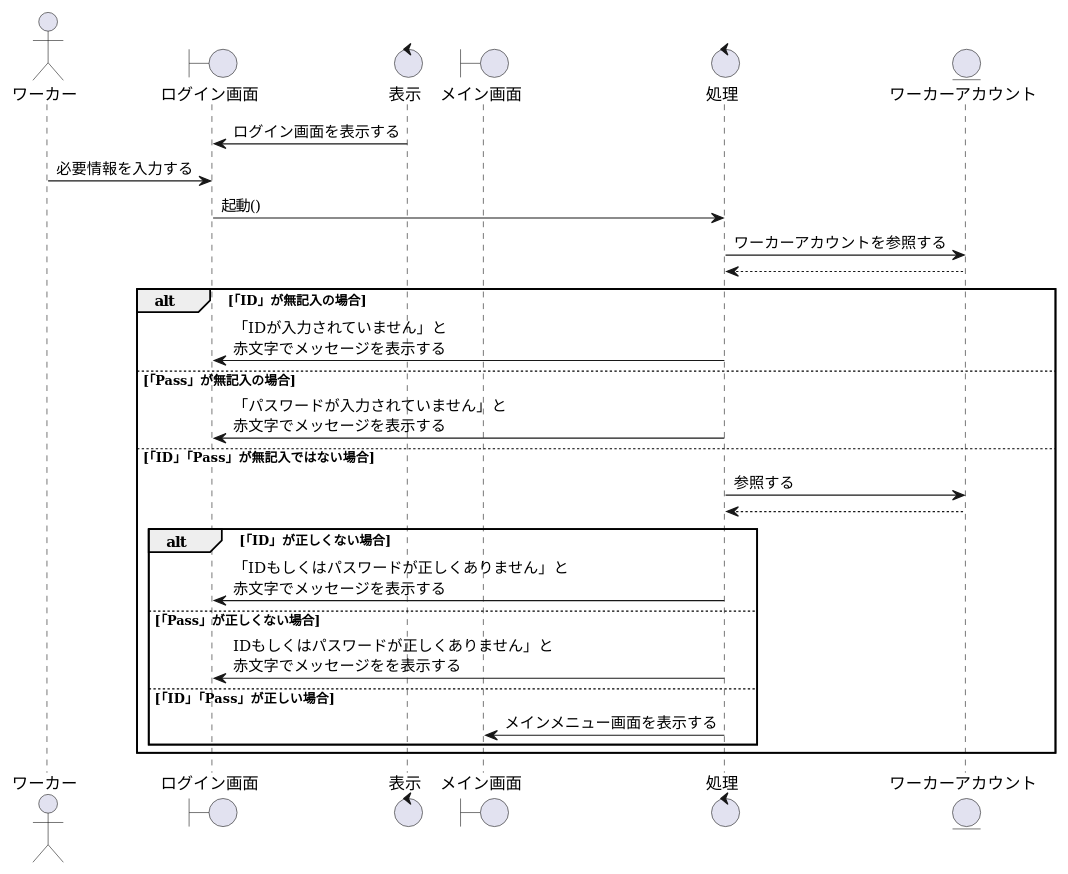
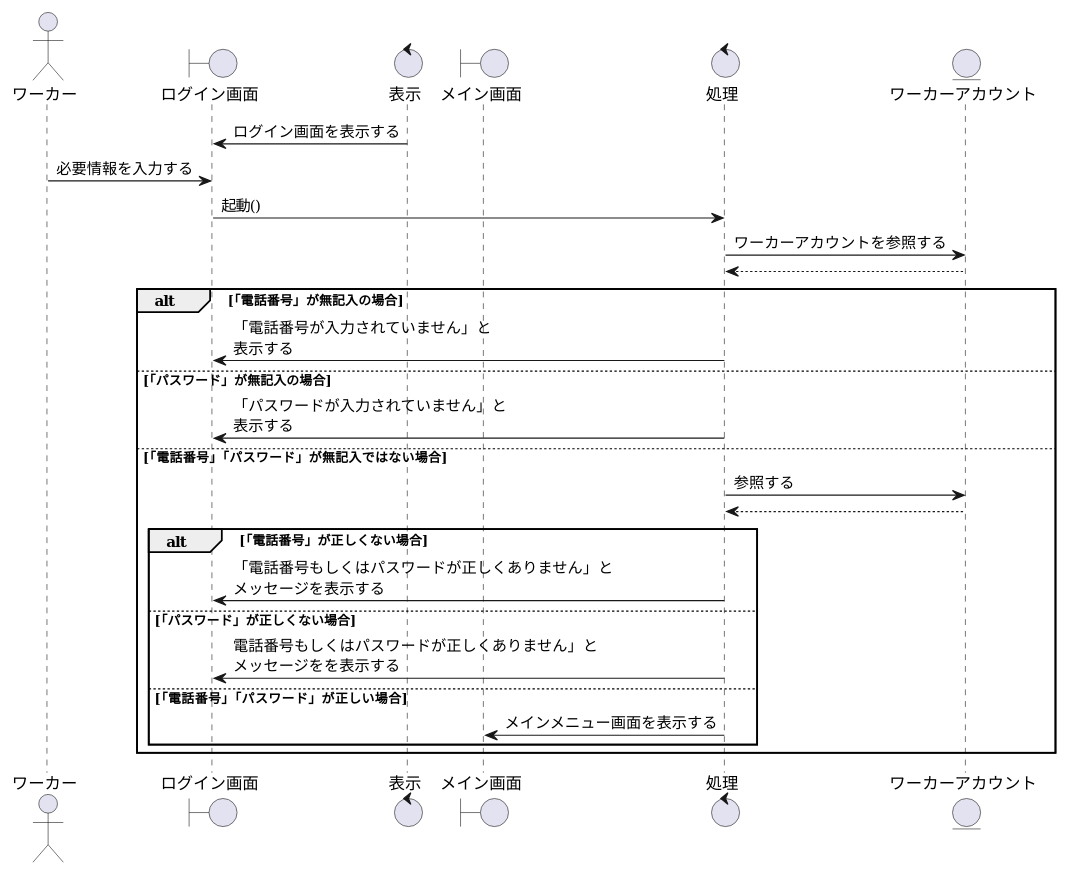
The diagram in sequence_fig/1_login_fn/2_ワーカーのアカウントでログインする.pu (irukacb256/high_Me), drawn with PlantUML before and after one commit. The commit also changed 3 other files, not shown here.

```diff
--- a/sequence_fig/1_login_fn/2_ワーカーのアカウントでログインする.pu
+++ b/sequence_fig/1_login_fn/2_ワーカーのアカウントでログインする.pu
@@ -1,44 +1,44 @@
 @startuml ワーカーログイン
 
 ' 1
 actor ワーカー as wo1
 boundary ログイン画面 as lo1
 control 表示 as co1
 
 boundary メイン画面 as sm1
 control 処理 as co2
 
 entity ワーカーアカウント as en1
 
 ' 2
 co1 -> lo1 : ログイン画面を表示する
 wo1 -> lo1 : 必要情報を入力する
 
 lo1 -> co2 : 起動()
 co2 -> en1 : ワーカーアカウントを参照する
 en1 --> co2 
 
-alt 「ID」が無記入の場合
-    co2 -> lo1 :「IDが入力されていません」と\n赤文字でメッセージを表示する
+alt 「電話番号」が無記入の場合
+    co2 -> lo1 :「電話番号が入力されていません」と\n表示する
 
-else 「Pass」が無記入の場合
-    co2 -> lo1 :「パスワードが入力されていません」と\n赤文字でメッセージを表示する
+else 「パスワード」が無記入の場合
+    co2 -> lo1 :「パスワードが入力されていません」と\n表示する
 
-else 「ID」「Pass」が無記入ではない場合
+else 「電話番号」「パスワード」が無記入ではない場合
     ' 分岐を書く場合は必ず「～ではない場合」を書く
     ' 参照をしたら戻り値を破線で表す
     co2 -> en1 :参照する
     en1 --> co2 
     
-    alt 「ID」が正しくない場合
-        co2 -> lo1 :「IDもしくはパスワードが正しくありません」と\n赤文字でメッセージを表示する
+    alt 「電話番号」が正しくない場合
+        co2 -> lo1 :「電話番号もしくはパスワードが正しくありません」と\nメッセージを表示する
 
-    else 「Pass」が正しくない場合
-        co2 -> lo1 : IDもしくはパスワードが正しくありません」と\n赤文字でメッセージをを表示する
+    else 「パスワード」が正しくない場合
+        co2 -> lo1 : 電話番号もしくはパスワードが正しくありません」と\nメッセージをを表示する
 
-    else 「ID」「Pass」が正しい場合
+    else 「電話番号」「パスワード」が正しい場合
         co2 -> sm1 : メインメニュー画面を表示する
 
     end
 end    
 @enduml
```
